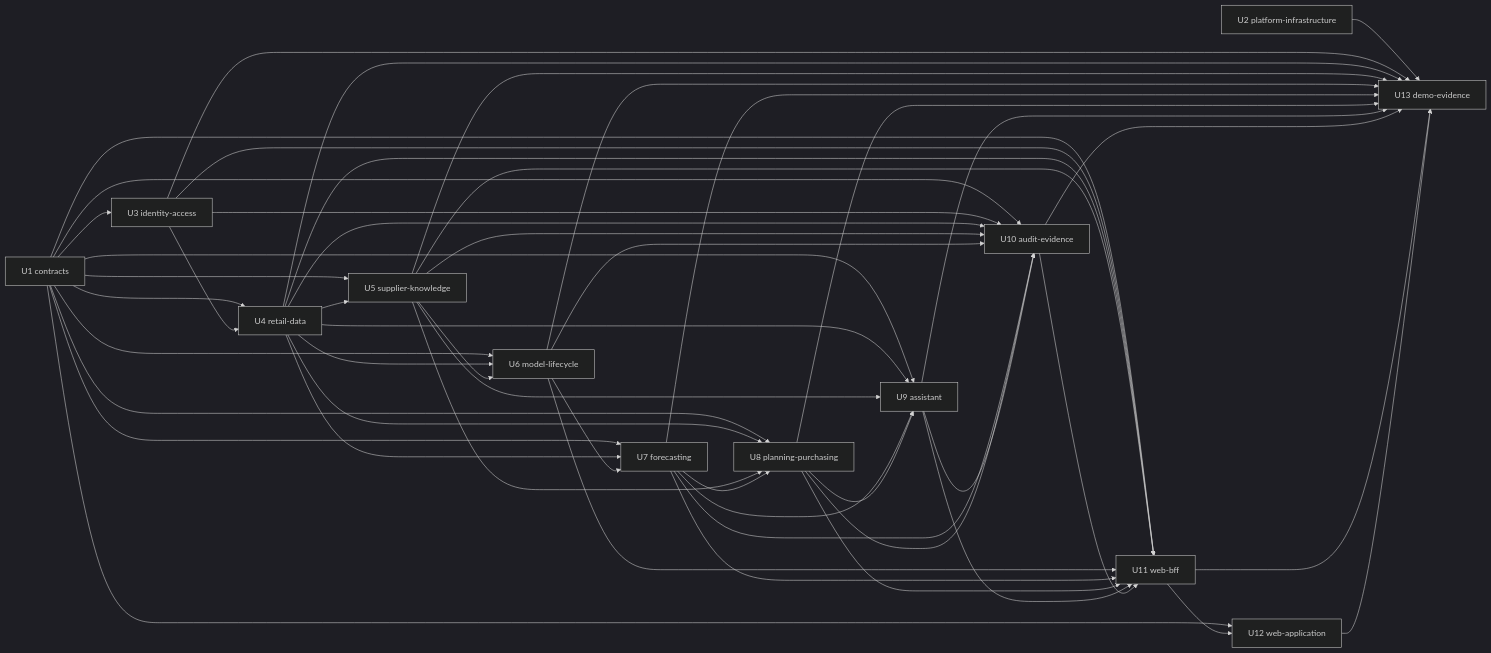
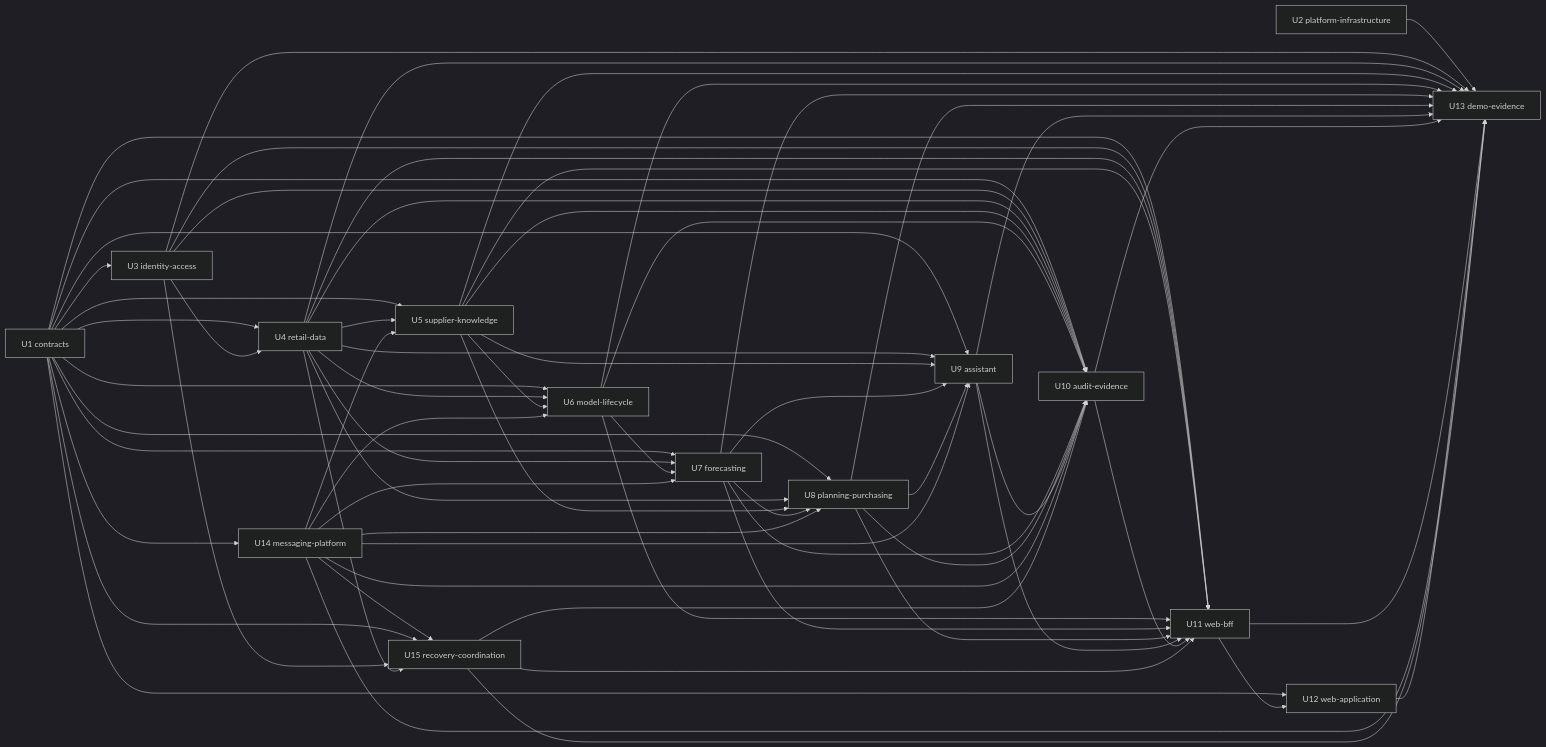
One commit to anton-asnitsky/StockSense changed the diagram in aidlc/spaces/default/intents/260908-stock-sense-design/inception/units-generation/unit-of-work-dependency.md. Above: the diagram before and after it, drawn with Mermaid (dark theme). The commit also changed other lines of this file and 39 other files, not shown here.

````diff
--- a/aidlc/spaces/default/intents/260908-stock-sense-design/inception/units-generation/unit-of-work-dependency.md
+++ b/aidlc/spaces/default/intents/260908-stock-sense-design/inception/units-generation/unit-of-work-dependency.md
@@ -74,6 +81,8 @@
   U11[U11 web-bff]
   U12[U12 web-application]
   U13[U13 demo-evidence]
+  U14[U14 messaging-platform]
+  U15[U15 recovery-coordination]
 
   U1 --> U3
   U1 --> U4
@@ -125,4 +134,19 @@
   U10 --> U13
   U11 --> U13
   U12 --> U13
+  U1 --> U14
+  U14 --> U5
+  U14 --> U6
+  U14 --> U7
+  U14 --> U8
+  U14 --> U9
+  U14 --> U10
+  U14 --> U15
+  U1 --> U15
+  U3 --> U15
+  U4 --> U15
+  U15 --> U10
+  U15 --> U11
+  U14 --> U13
+  U15 --> U13
 ```
````
